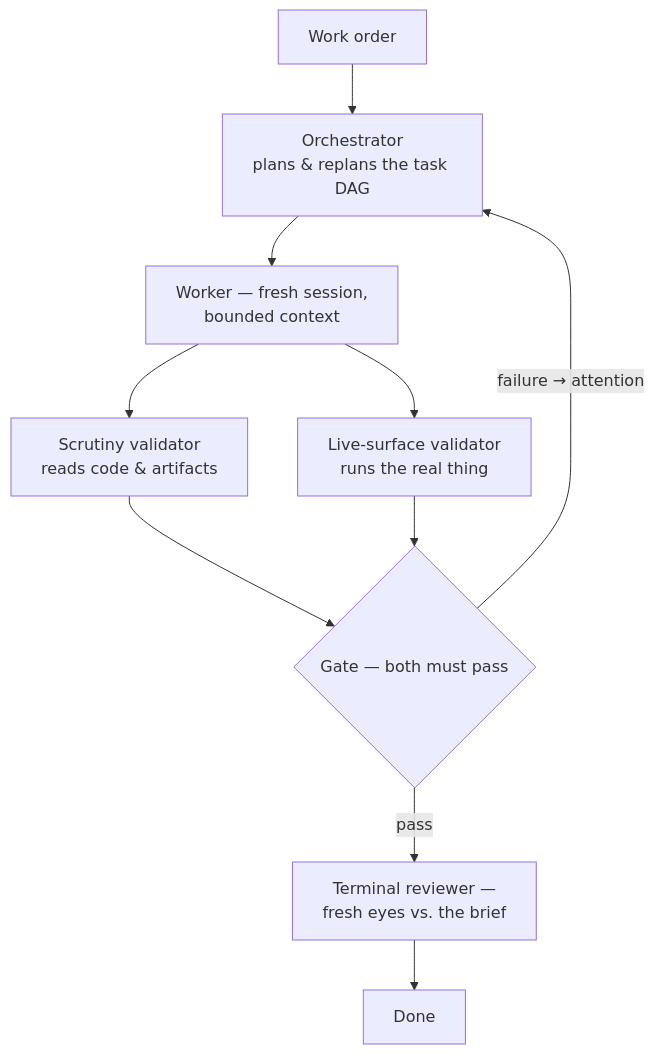
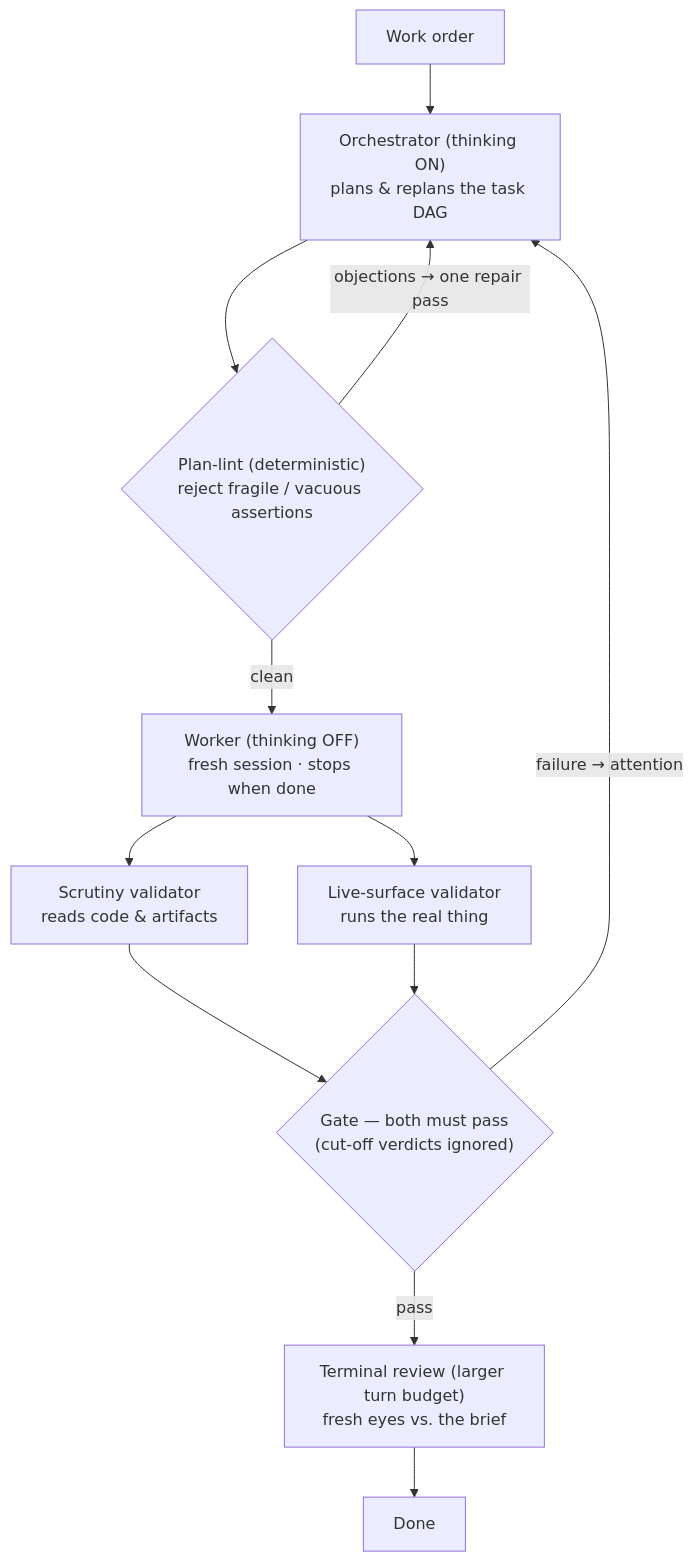
One commit to koretex-ai/koretex-agent changed the second of 5 diagrams in README.md. Above: the diagram before and after it, drawn with Mermaid. The commit also changed other lines of this file, not shown here.

First line of the commit message:
docs(readme): record Phase 1 as-built tuning + updated diagrams

````diff
--- a/README.md
+++ b/README.md
@@ -80,12 +82,14 @@
 ```mermaid
 flowchart TD
-  brief["Work order"] --> orch["Orchestrator<br/>plans & replans the task DAG"]
-  orch --> worker["Worker — fresh session,<br/>bounded context"]
+  brief["Work order"] --> orch["Orchestrator (thinking ON)<br/>plans & replans the task DAG"]
+  orch --> lint{"Plan-lint (deterministic)<br/>reject fragile / vacuous assertions"}
+  lint -->|"objections → one repair pass"| orch
+  lint -->|clean| worker["Worker (thinking OFF)<br/>fresh session · stops when done"]
   worker --> v1["Scrutiny validator<br/>reads code & artifacts"]
   worker --> v2["Live-surface validator<br/>runs the real thing"]
-  v1 --> gate{"Gate — both must pass"}
+  v1 --> gate{"Gate — both must pass<br/>(cut-off verdicts ignored)"}
   v2 --> gate
   gate -->|"failure → attention"| orch
-  gate -->|pass| tr["Terminal reviewer —<br/>fresh eyes vs. the brief"]
+  gate -->|pass| tr["Terminal review (larger turn budget)<br/>fresh eyes vs. the brief"]
   tr --> done["Done"]
 ```
````
